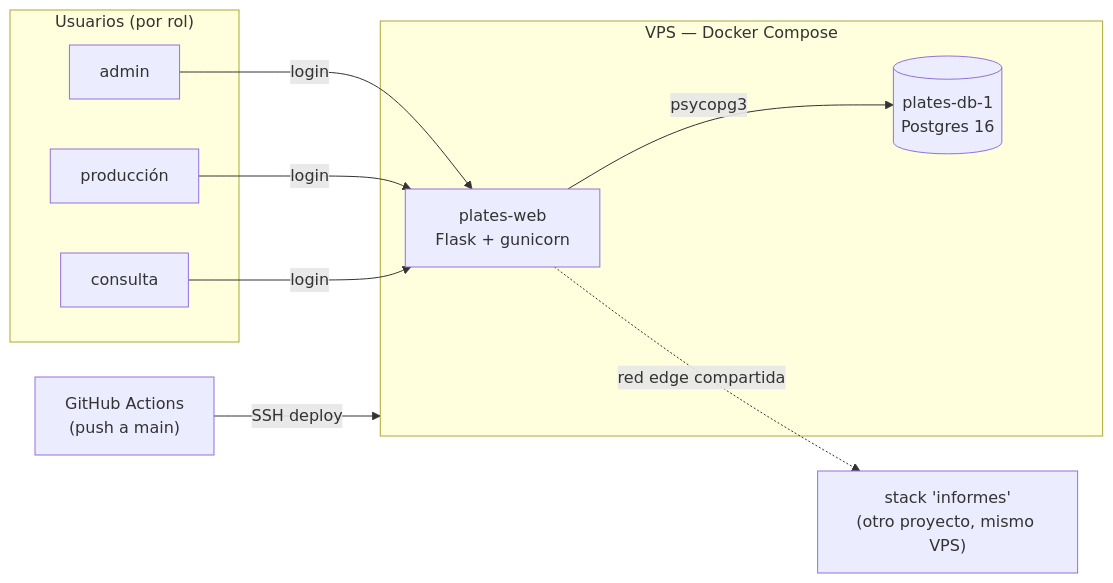
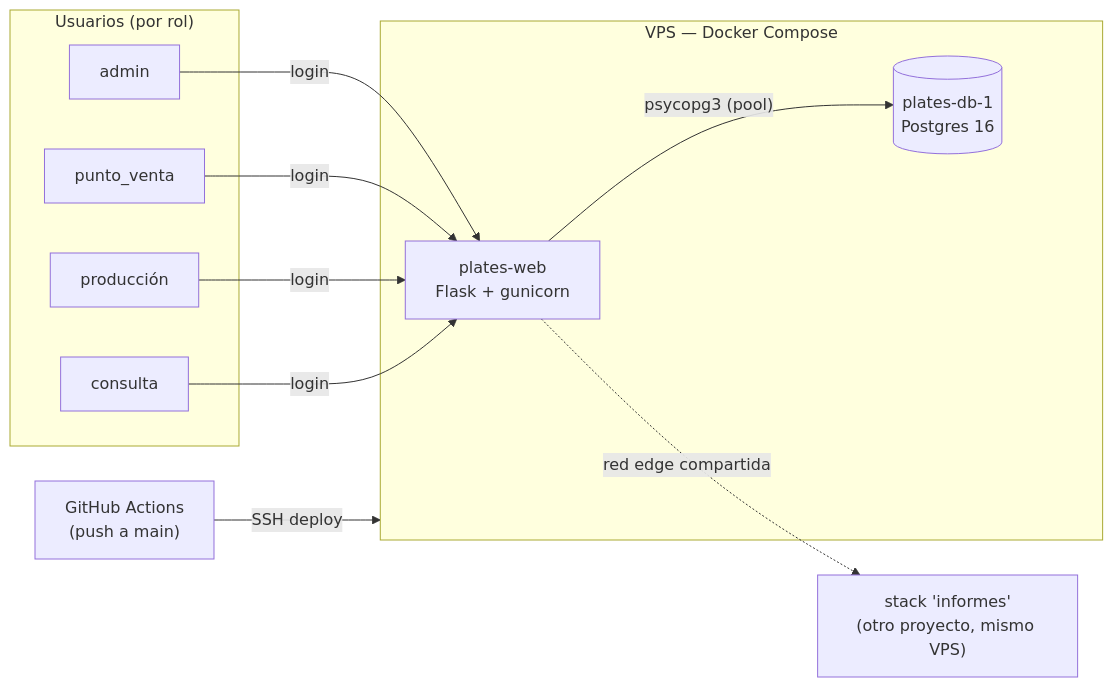
One commit to nickkmm/plates changed the diagram in docs/README.md. Above: the diagram before and after it, drawn with Mermaid. The commit also changed other lines of this file and 5 other files, not shown here.

````diff
--- a/docs/README.md
+++ b/docs/README.md
@@ -26,18 +29,20 @@
 ```mermaid
 flowchart LR
     subgraph Usuarios["Usuarios (por rol)"]
         A[admin]
+        PV[punto_venta]
         P[producción]
         C[consulta]
     end
     subgraph VPS["VPS — Docker Compose"]
         WEB["plates-web<br/>Flask + gunicorn"]
         DB[("plates-db-1<br/>Postgres 16")]
-        WEB -->|psycopg3| DB
+        WEB -->|"psycopg3 (pool)"| DB
     end
     A -- login --> WEB
+    PV -- login --> WEB
     P -- login --> WEB
     C -- login --> WEB
     GH["GitHub Actions<br/>(push a main)"] -- "SSH deploy" --> VPS
     WEB -.->|"red edge compartida"| INF["stack 'informes'<br/>(otro proyecto, mismo VPS)"]
 ```
````
